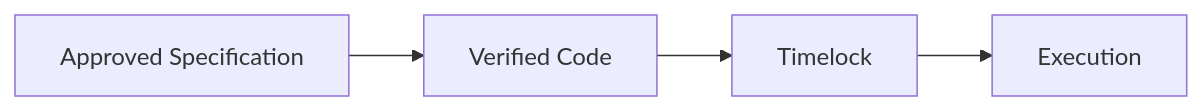
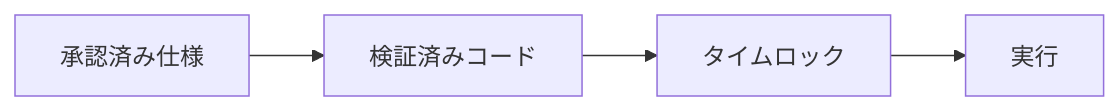
One commit to ShigeichiroYamasaki/creator-first-platform changed the ninth of 23 diagrams in docs/whitepaper/07-governance.md. Above: the diagram before and after it, drawn with Mermaid. The commit also changed other lines of this file and 72 other files, not shown here.

````diff
--- a/docs/whitepaper/07-governance.md
+++ b/docs/whitepaper/07-governance.md
@@ -498,9 +498,9 @@
 ```mermaid
 flowchart LR
-    SPEC[Approved Specification]
-    CODE[Verified Code]
-    TIME[Timelock]
-    EXEC[Execution]
+    SPEC[承認済み仕様]
+    CODE[検証済みコード]
+    TIME[タイムロック]
+    EXEC[実行]
 
     SPEC --> CODE --> TIME --> EXEC
 ```
````
